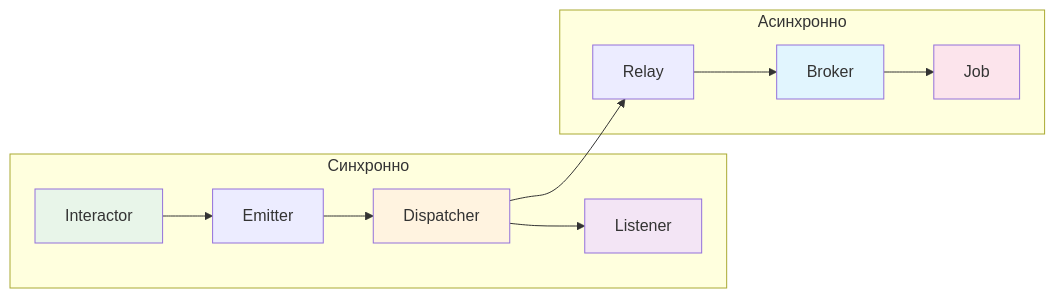
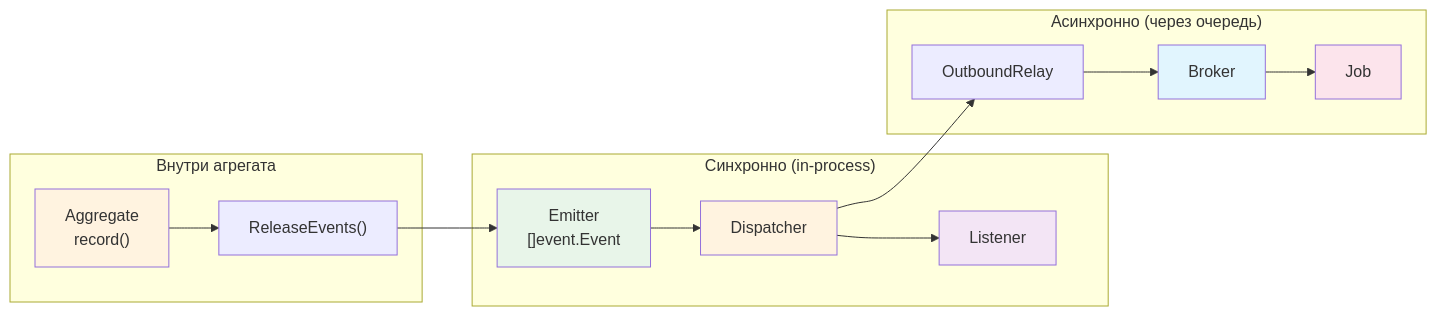
One commit to shuldan/skeleton changed the seventh of 10 diagrams in README.md. Above: the diagram before and after it, drawn with Mermaid. The commit also changed other lines of this file and 43 other files, not shown here.

````diff
--- a/README.md
+++ b/README.md
@@ -726,20 +822,25 @@
 ```mermaid
 graph LR
-    subgraph Синхронно
-        INT["Interactor"] --> EM["Emitter"]
+    subgraph "Внутри агрегата"
+        AGG["Aggregate<br/>record()"] --> REL["ReleaseEvents()"]
+    end
+
+    subgraph "Синхронно (in-process)"
+        REL --> EM["Emitter<br/>[]event.Event"]
         EM --> DISP["Dispatcher"]
         DISP --> LST["Listener"]
     end
 
-    subgraph Асинхронно
-        DISP --> RLY["Relay"]
+    subgraph "Асинхронно (через очередь)"
+        DISP --> RLY["OutboundRelay"]
         RLY --> BRK["Broker"]
         BRK --> JOB["Job"]
     end
 
-    style INT fill:#e8f5e9
+    style AGG fill:#fff3e0
+    style EM fill:#e8f5e9
     style DISP fill:#fff3e0
     style LST fill:#f3e5f5
     style BRK fill:#e1f5fe
     style JOB fill:#fce4ec
 ```
````
